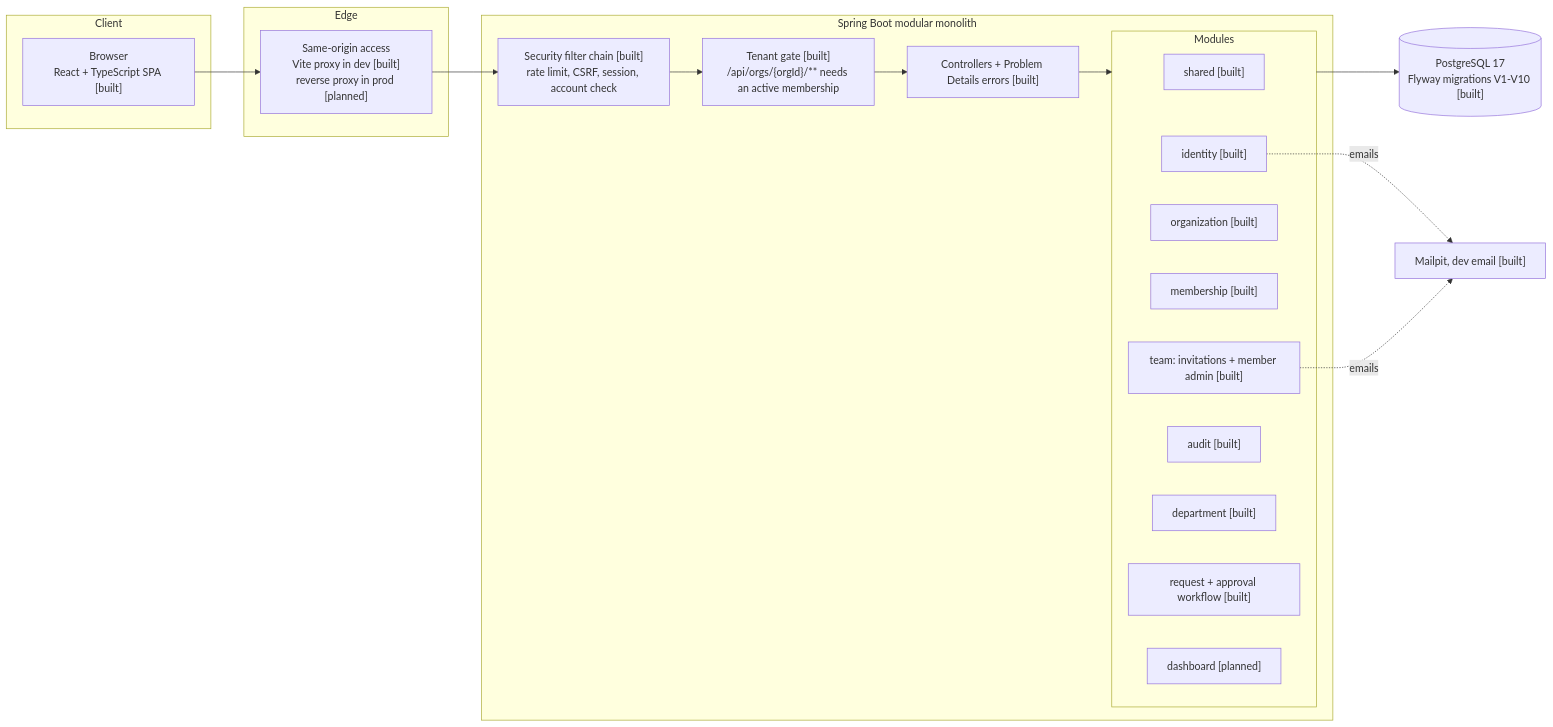
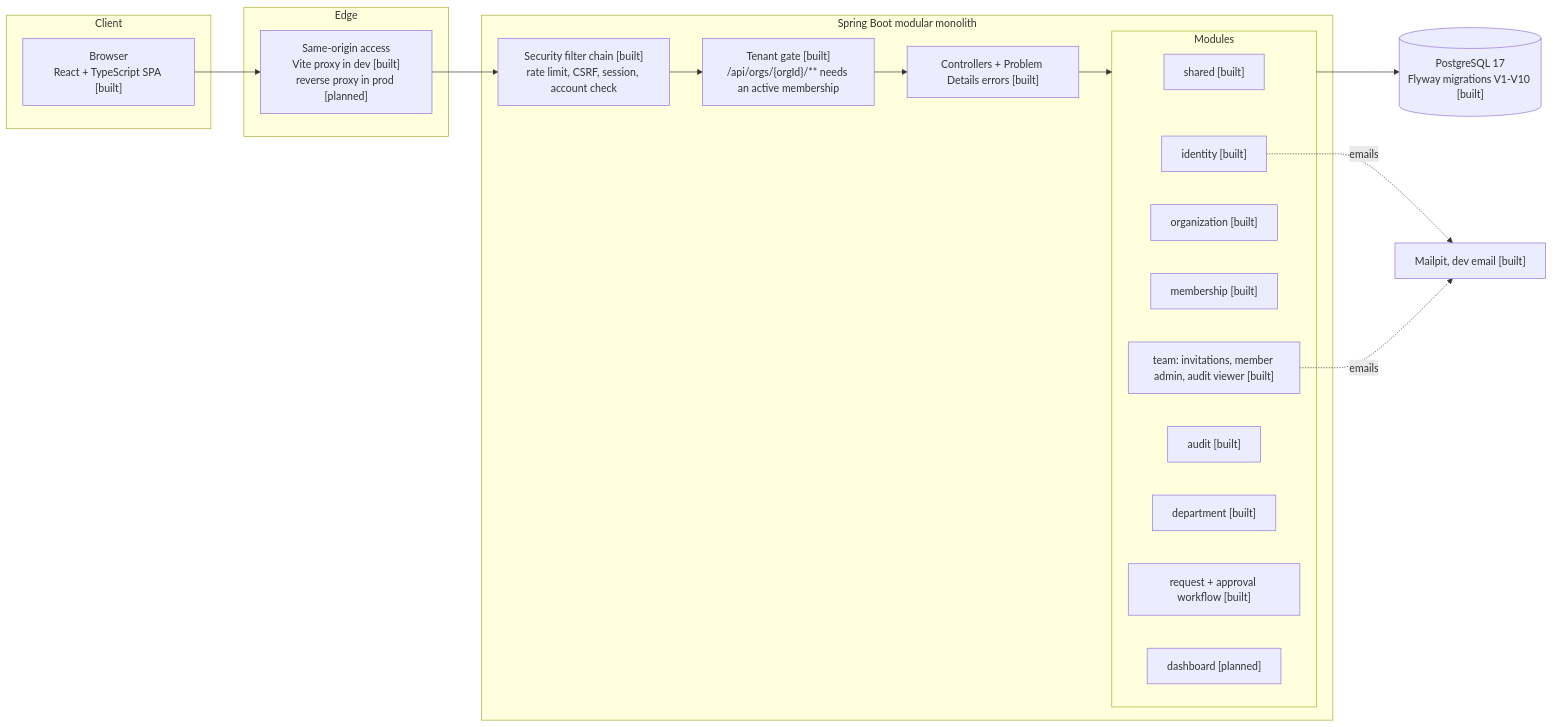
Before and after one commit to youssef-naj/nexus: the first of 2 diagrams in docs/architecture.md, drawn with Mermaid. The commit also changed other lines of this file and 29 other files, not shown here.

Commit message:
feat: workflow screens, request history and organization audit viewer

````diff
--- a/docs/architecture.md
+++ b/docs/architecture.md
@@ -9,32 +9,32 @@
 ```mermaid
 flowchart LR
   subgraph Client
     B["Browser<br/>React + TypeScript SPA [built]"]
   end
   subgraph Edge
     P["Same-origin access<br/>Vite proxy in dev [built]<br/>reverse proxy in prod [planned]"]
   end
   subgraph App["Spring Boot modular monolith"]
     SEC["Security filter chain [built]<br/>rate limit, CSRF, session, account check"]
     GATE["Tenant gate [built]<br/>/api/orgs/{orgId}/** needs an active membership"]
     API["Controllers + Problem Details errors [built]"]
     subgraph Modules
       SH["shared [built]"]
       ID["identity [built]"]
       ORG["organization [built]"]
       MEM["membership [built]"]
-      TEAM["team: invitations + member admin [built]"]
+      TEAM["team: invitations, member admin, audit viewer [built]"]
       AUD["audit [built]"]
       DEP["department [built]"]
       REQ["request + approval workflow [built]"]
       DASH["dashboard [planned]"]
     end
   end
   DB[("PostgreSQL 17<br/>Flyway migrations V1-V10 [built]")]
   MAIL["Mailpit, dev email [built]"]
 
   B --> P --> SEC --> GATE --> API --> Modules
   Modules --> DB
   ID -. emails .-> MAIL
   TEAM -. emails .-> MAIL
 ```
````
